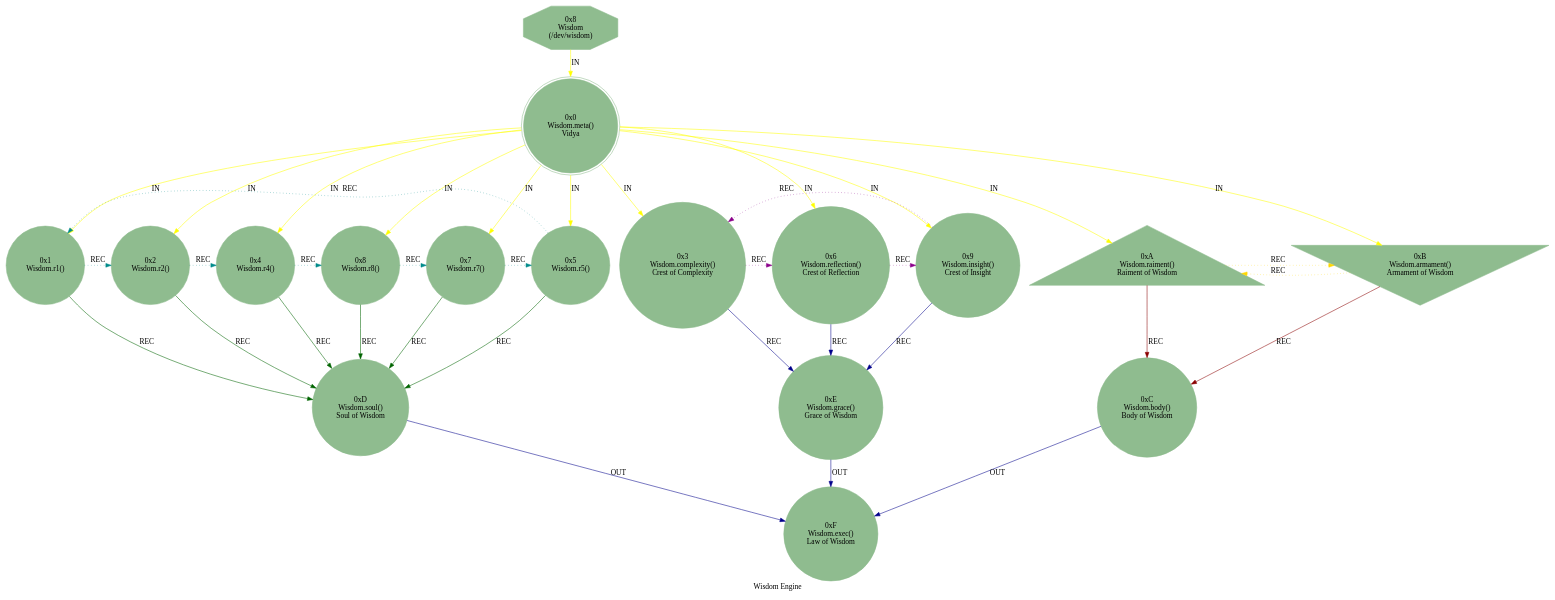
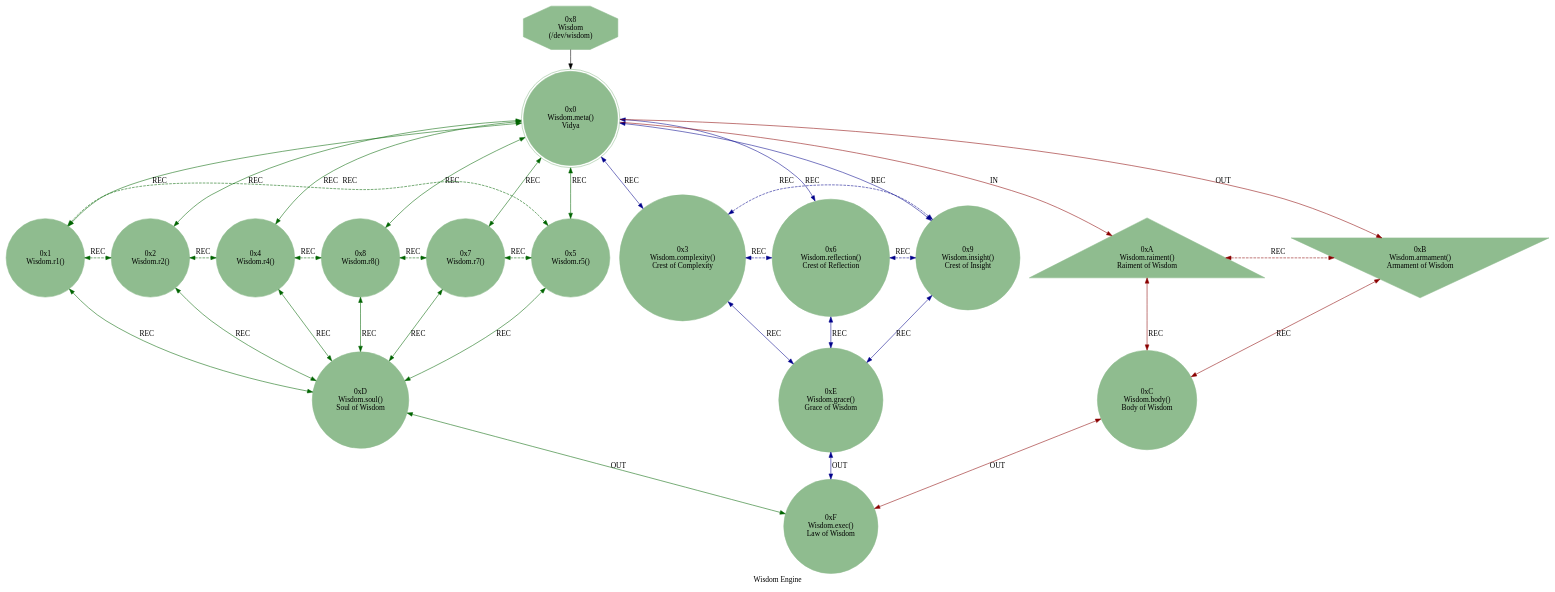
One commit to cilang/mythos changed the diagram in src/core/mythos_dev_wisdom.dot. Above: the diagram before and after it, drawn with Graphviz. The commit also changed 23 other files, not shown here.

```diff
--- a/src/core/mythos_dev_wisdom.dot
+++ b/src/core/mythos_dev_wisdom.dot
@@ -1,43 +1,49 @@
 strict digraph WisdomEngine {
     label = "Wisdom Engine";
     style = filled;
     color = blue;
     comment = "";
     node [shape = polygon; sides = 8; style = filled; color = darkseagreen;];
     
     spark_8_mythos_t [label = "0x8\nWisdom\n(/dev/wisdom)";];
     
     // r0::meta();r1,r2,r4,r8,r7,r5;r3,r6,r;ra::receive(),rb::send(),rc::dispatch(),rd::commit(),re::serve(),rf::exec()
-    spark_0_wisdom_t [label = "0x0\nWisdom.meta()\nVidya";shape = doublecircle;comment = "";];
-    spark_1_wisdom_t [label = "0x1\nWisdom.r1()\n";shape = circle;comment = "";];
-    spark_2_wisdom_t [label = "0x2\nWisdom.r2()\n";shape = circle;comment = "";];
-    spark_4_wisdom_t [label = "0x4\nWisdom.r4()\n";shape = circle;comment = "";];
-    spark_8_wisdom_t [label = "0x8\nWisdom.r8()\n";shape = circle;comment = "";];
-    spark_7_wisdom_t [label = "0x7\nWisdom.r7()\n";shape = circle;comment = "";];
-    spark_5_wisdom_t [label = "0x5\nWisdom.r5()\n";shape = circle;comment = "";];
-    spark_3_wisdom_t [label = "0x3\nWisdom.complexity()\nCrest of Complexity";shape = circle;comment = "";];
-    spark_6_wisdom_t [label = "0x6\nWisdom.reflection()\nCrest of Reflection";shape = circle;comment = "";];
-    spark_9_wisdom_t [label = "0x9\nWisdom.insight()\nCrest of Insight";shape = circle;comment = "";];
-    spark_a_wisdom_t [label = "0xA\nWisdom.raiment()\nRaiment of Wisdom";shape = triangle;comment = "";];
-    spark_b_wisdom_t [label = "0xB\nWisdom.armament()\nArmament of Wisdom";shape = invtriangle;comment = "";];
-    spark_c_wisdom_t [label = "0xC\nWisdom.body()\nBody of Wisdom";shape = circle;comment = "";];
-    spark_d_wisdom_t [label = "0xD\nWisdom.soul()\nSoul of Wisdom";shape = circle;comment = "";];
-    spark_e_wisdom_t [label = "0xE\nWisdom.grace()\nGrace of Wisdom";shape = circle;comment = "";];
-    spark_f_wisdom_t [label = "0xF\nWisdom.exec()\nLaw of Wisdom";shape = circle;comment = "";];
+    spark_0_wisdom_t [label = "0x0\nWisdom.meta()\nVidya";comment = "";shape = doublecircle;];
+    spark_1_wisdom_t [label = "0x1\nWisdom.r1()\n";comment = "";shape = circle;];
+    spark_2_wisdom_t [label = "0x2\nWisdom.r2()\n";comment = "";shape = circle;];
+    spark_4_wisdom_t [label = "0x4\nWisdom.r4()\n";comment = "";shape = circle;];
+    spark_8_wisdom_t [label = "0x8\nWisdom.r8()\n";comment = "";shape = circle;];
+    spark_7_wisdom_t [label = "0x7\nWisdom.r7()\n";comment = "";shape = circle;];
+    spark_5_wisdom_t [label = "0x5\nWisdom.r5()\n";comment = "";shape = circle;];
+    spark_3_wisdom_t [label = "0x3\nWisdom.complexity()\nCrest of Complexity";comment = "";shape = circle;];
+    spark_6_wisdom_t [label = "0x6\nWisdom.reflection()\nCrest of Reflection";comment = "";shape = circle;];
+    spark_9_wisdom_t [label = "0x9\nWisdom.insight()\nCrest of Insight";comment = "";shape = circle;];
+    spark_a_wisdom_t [label = "0xA\nWisdom.raiment()\nRaiment of Wisdom";comment = "";shape = triangle;];
+    spark_b_wisdom_t [label = "0xB\nWisdom.armament()\nArmament of Wisdom";comment = "";shape = invtriangle;];
+    spark_c_wisdom_t [label = "0xC\nWisdom.body()\nBody of Wisdom";comment = "";shape = circle;];
+    spark_d_wisdom_t [label = "0xD\nWisdom.soul()\nSoul of Wisdom";comment = "";shape = circle;];
+    spark_e_wisdom_t [label = "0xE\nWisdom.grace()\nGrace of Wisdom";comment = "";shape = circle;];
+    spark_f_wisdom_t [label = "0xF\nWisdom.exec()\nLaw of Wisdom";comment = "";shape = circle;];
     
     // Wisdom
     // IN = Input
     // OUT = Output
     // REC = Recursion
-    spark_8_mythos_t -> spark_0_wisdom_t -> {spark_a_wisdom_t spark_b_wisdom_t spark_1_wisdom_t spark_2_wisdom_t spark_3_wisdom_t spark_4_wisdom_t spark_5_wisdom_t spark_6_wisdom_t spark_7_wisdom_t spark_8_wisdom_t spark_9_wisdom_t} [label = "IN"; color = yellow; comment = "";];
+    spark_8_mythos_t -> spark_0_wisdom_t;
+    spark_0_wisdom_t -> spark_a_wisdom_t [label = "IN"; color = darkred; comment = "";];
+    spark_0_wisdom_t -> spark_b_wisdom_t [label = "OUT"; color = darkred; comment = "";];
+    spark_0_wisdom_t -> {spark_3_wisdom_t spark_6_wisdom_t spark_9_wisdom_t} [label = "REC"; color = darkblue; comment = ""; dir = both;];
+    spark_0_wisdom_t -> {spark_1_wisdom_t spark_2_wisdom_t spark_4_wisdom_t spark_8_wisdom_t spark_7_wisdom_t spark_5_wisdom_t} [label = "REC"; color = darkgreen; comment = ""; dir = both;];
     
-    {spark_a_wisdom_t spark_b_wisdom_t} -> spark_c_wisdom_t [label = "REC"; color = darkred; comment = "";];
-    {spark_1_wisdom_t spark_2_wisdom_t spark_4_wisdom_t spark_8_wisdom_t spark_7_wisdom_t spark_5_wisdom_t} -> spark_d_wisdom_t [label = "REC"; color = darkgreen; comment = "";];
-    {spark_3_wisdom_t spark_6_wisdom_t spark_9_wisdom_t} -> spark_e_wisdom_t [label = "REC"; color = darkblue; comment = "";];
+    {spark_a_wisdom_t spark_b_wisdom_t} -> spark_c_wisdom_t [label = "REC"; color = darkred; comment = ""; dir = both;];
+    {spark_1_wisdom_t spark_2_wisdom_t spark_4_wisdom_t spark_8_wisdom_t spark_7_wisdom_t spark_5_wisdom_t} -> spark_d_wisdom_t [label = "REC"; color = darkgreen; comment = ""; dir = both;];
+    {spark_3_wisdom_t spark_6_wisdom_t spark_9_wisdom_t} -> spark_e_wisdom_t [label = "REC"; color = darkblue; comment = ""; dir = both;];
     
-    spark_1_wisdom_t -> spark_2_wisdom_t -> spark_4_wisdom_t -> spark_8_wisdom_t -> spark_7_wisdom_t -> spark_5_wisdom_t -> spark_1_wisdom_t [label = "REC"; color = darkcyan; comment = ""; style = dotted; constraint = false;];
-    spark_3_wisdom_t -> spark_6_wisdom_t -> spark_9_wisdom_t -> spark_3_wisdom_t [label = "REC"; color = darkmagenta; comment = ""; style = dotted; constraint = false;];
-    spark_a_wisdom_t -> spark_b_wisdom_t -> spark_a_wisdom_t [label = "REC"; color = gold; comment = ""; style = dotted; constraint = false;];
+    spark_1_wisdom_t -> spark_2_wisdom_t -> spark_4_wisdom_t -> spark_8_wisdom_t -> spark_7_wisdom_t -> spark_5_wisdom_t -> spark_1_wisdom_t [label = "REC"; color = darkgreen; comment = ""; style = dashed; constraint = false; dir = both;];
+    spark_3_wisdom_t -> spark_6_wisdom_t -> spark_9_wisdom_t -> spark_3_wisdom_t [label = "REC"; color = darkblue; comment = ""; style = dashed; constraint = false; dir = both;];
+    spark_a_wisdom_t -> spark_b_wisdom_t [label = "REC"; color = darkred; comment = ""; constraint = false; style = dashed; dir = both;];
     
-    {spark_c_wisdom_t spark_d_wisdom_t spark_e_wisdom_t} -> spark_f_wisdom_t [label = "OUT"; color = darkblue; comment = "";];
+    spark_c_wisdom_t -> spark_f_wisdom_t [label = "OUT"; color = darkred; comment = ""; dir = both;];
+    spark_d_wisdom_t -> spark_f_wisdom_t [label = "OUT"; color = darkgreen; comment = ""; dir = both;];
+    spark_e_wisdom_t -> spark_f_wisdom_t [label = "OUT"; color = darkblue; comment = ""; dir = both;];
 }
```
